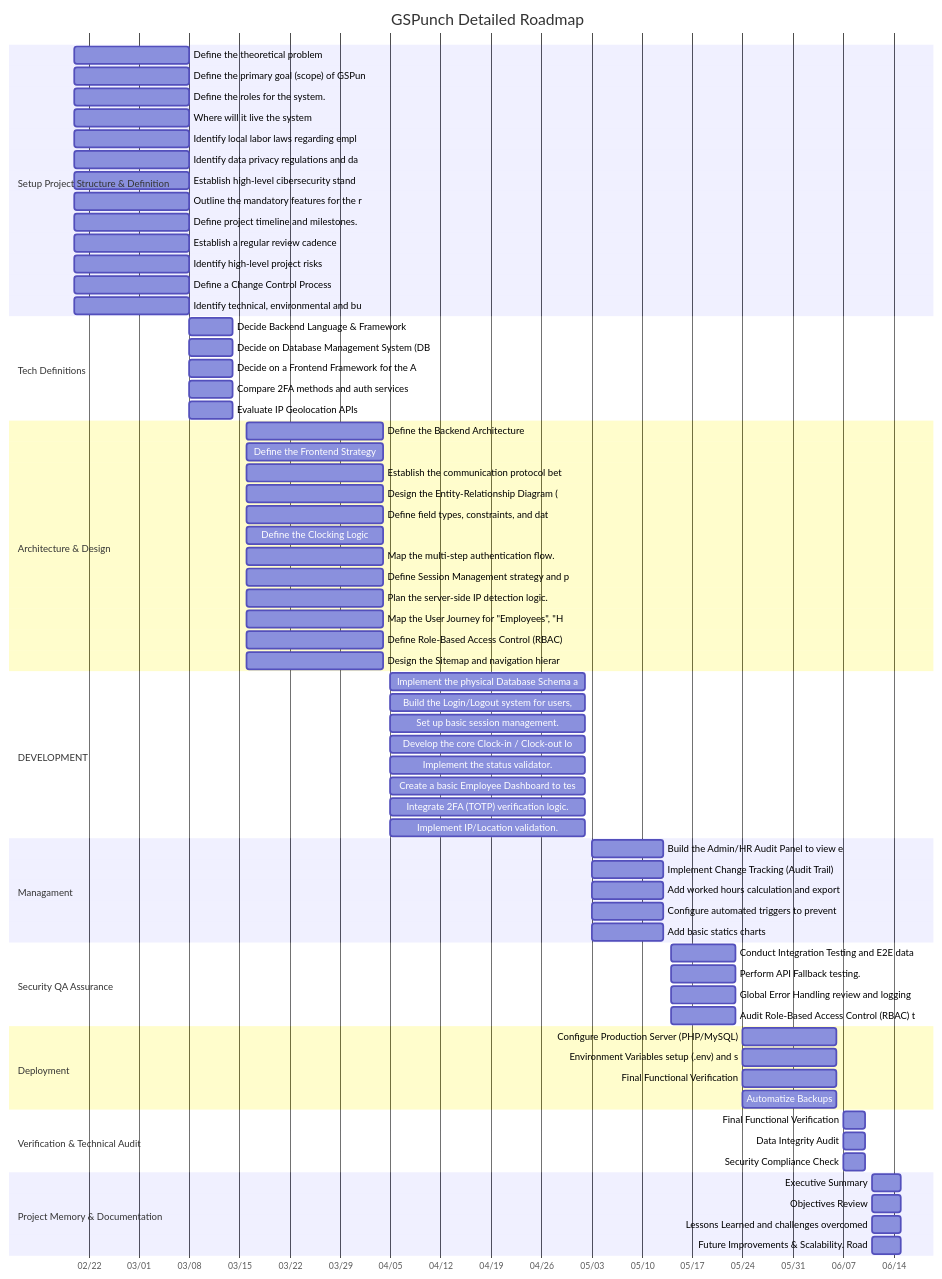
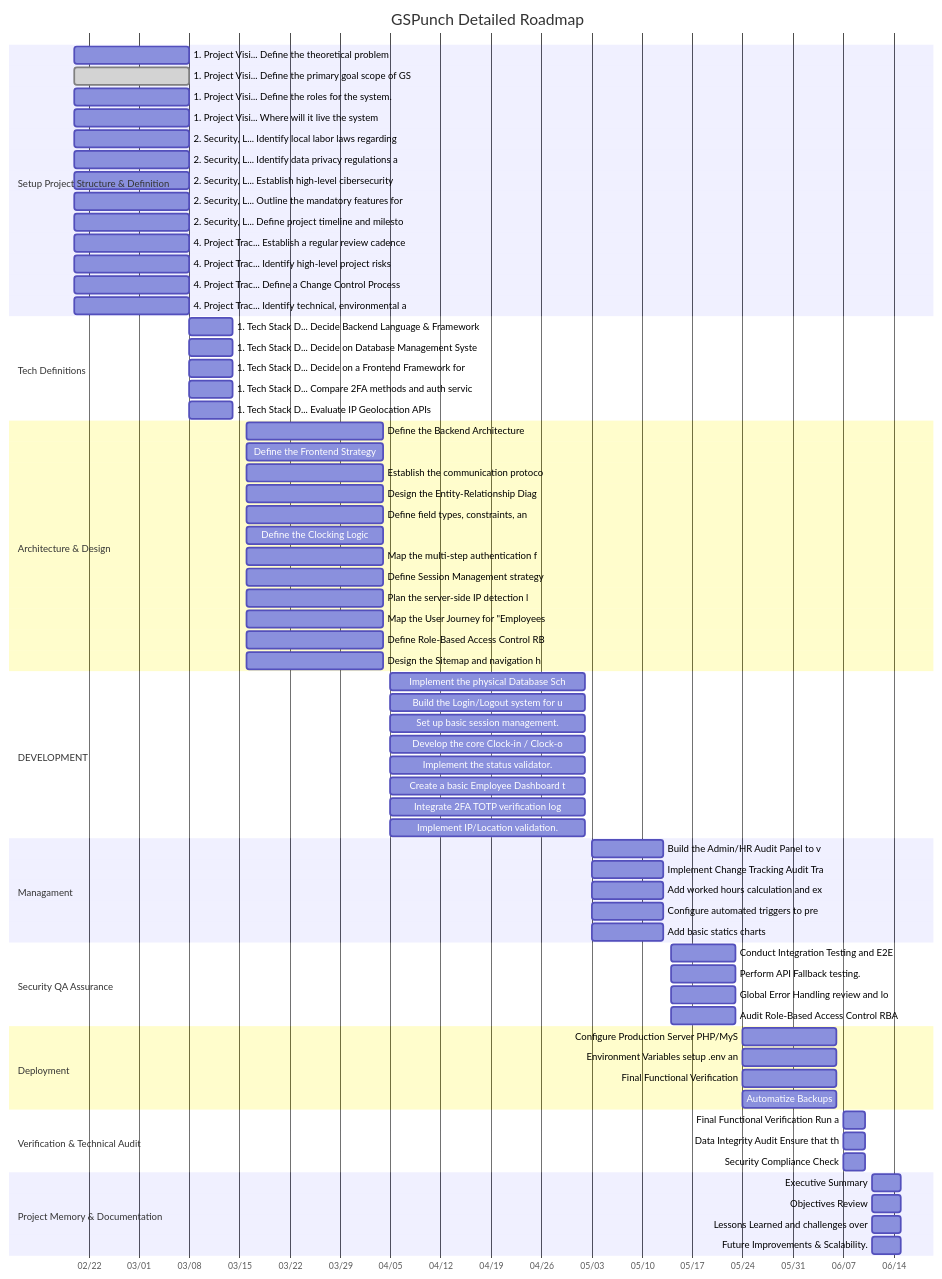
One commit to jejomoca/GSPunch changed the diagram in README.md. Above: the diagram before and after it, drawn with Mermaid.

Commit message:
roadmap sync: 22:29

````diff
--- a/README.md
+++ b/README.md
@@ -3,73 +3,73 @@
 ```mermaid
 gantt
     title GSPunch Detailed Roadmap
     dateFormat YYYY-MM-DD
     axisFormat %m/%d
     section Setup Project Structure & Definition
-    Define the theoretical problem : 2026-02-20, 2026-03-08
-    Define the primary goal (scope) of GSPun : 2026-02-20, 2026-03-08
-    Define the roles for the system. : 2026-02-20, 2026-03-08
-    Where will it live the system : 2026-02-20, 2026-03-08
-    Identify local labor laws regarding empl : 2026-02-20, 2026-03-08
-    Identify data privacy regulations and da : 2026-02-20, 2026-03-08
-    Establish high-level cibersecurity stand : 2026-02-20, 2026-03-08
-    Outline the mandatory features for the r : 2026-02-20, 2026-03-08
-    Define project timeline and milestones. : 2026-02-20, 2026-03-08
-    Establish a regular review cadence : 2026-02-20, 2026-03-08
-    Identify high-level project risks : 2026-02-20, 2026-03-08
-    Define a Change Control Process : 2026-02-20, 2026-03-08
-    Identify technical, environmental and bu : 2026-02-20, 2026-03-08
+    1. Project Visi... Define the theoretical problem : 2026-02-20, 2026-03-08
+    1. Project Visi... Define the primary goal scope of GS : done, 2026-02-20, 2026-03-08
+    1. Project Visi... Define the roles for the system. : 2026-02-20, 2026-03-08
+    1. Project Visi... Where will it live the system : 2026-02-20, 2026-03-08
+    2.  Security, L... Identify local labor laws regarding : 2026-02-20, 2026-03-08
+    2.  Security, L... Identify data privacy regulations a : 2026-02-20, 2026-03-08
+    2.  Security, L... Establish high-level cibersecurity  : 2026-02-20, 2026-03-08
+    2.  Security, L... Outline the mandatory features for  : 2026-02-20, 2026-03-08
+    2.  Security, L... Define project timeline and milesto : 2026-02-20, 2026-03-08
+    4. Project Trac... Establish a regular review cadence : 2026-02-20, 2026-03-08
+    4. Project Trac... Identify high-level project risks : 2026-02-20, 2026-03-08
+    4. Project Trac... Define a Change Control Process : 2026-02-20, 2026-03-08
+    4. Project Trac... Identify technical, environmental a : 2026-02-20, 2026-03-08
     section Tech Definitions
-    Decide Backend Language & Framework : 2026-03-08, 2026-03-14
-    Decide on Database Management System (DB : 2026-03-08, 2026-03-14
-    Decide on a Frontend Framework for the A : 2026-03-08, 2026-03-14
-    Compare 2FA methods and auth services : 2026-03-08, 2026-03-14
-    Evaluate IP Geolocation APIs : 2026-03-08, 2026-03-14
+    1. Tech Stack D... Decide Backend Language & Framework : 2026-03-08, 2026-03-14
+    1. Tech Stack D... Decide on Database Management Syste : 2026-03-08, 2026-03-14
+    1. Tech Stack D... Decide on a Frontend Framework for  : 2026-03-08, 2026-03-14
+    1. Tech Stack D... Compare 2FA methods and auth servic : 2026-03-08, 2026-03-14
+    1. Tech Stack D... Evaluate IP Geolocation APIs : 2026-03-08, 2026-03-14
     section Architecture & Design
     Define the Backend Architecture : 2026-03-16, 2026-04-04
     Define the Frontend Strategy : 2026-03-16, 2026-04-04
-    Establish the communication protocol bet : 2026-03-16, 2026-04-04
-    Design the Entity-Relationship Diagram ( : 2026-03-16, 2026-04-04
-    Define field types, constraints, and dat : 2026-03-16, 2026-04-04
+    Establish the communication protoco : 2026-03-16, 2026-04-04
+    Design the Entity-Relationship Diag : 2026-03-16, 2026-04-04
+    Define field types, constraints, an : 2026-03-16, 2026-04-04
     Define the Clocking Logic : 2026-03-16, 2026-04-04
-    Map the multi-step authentication flow. : 2026-03-16, 2026-04-04
-    Define Session Management strategy and p : 2026-03-16, 2026-04-04
-    Plan the server-side IP detection logic. : 2026-03-16, 2026-04-04
-    Map the User Journey for "Employees", "H : 2026-03-16, 2026-04-04
-    Define Role-Based Access Control (RBAC) : 2026-03-16, 2026-04-04
-    Design the Sitemap and navigation hierar : 2026-03-16, 2026-04-04
+    Map the multi-step authentication f : 2026-03-16, 2026-04-04
+    Define Session Management strategy  : 2026-03-16, 2026-04-04
+    Plan the server-side IP detection l : 2026-03-16, 2026-04-04
+    Map the User Journey for "Employees : 2026-03-16, 2026-04-04
+    Define Role-Based Access Control RB : 2026-03-16, 2026-04-04
+    Design the Sitemap and navigation h : 2026-03-16, 2026-04-04
     section DEVELOPMENT
-    Implement the physical Database Schema a : 2026-04-05, 2026-05-02
-    Build the Login/Logout system for users, : 2026-04-05, 2026-05-02
+    Implement the physical Database Sch : 2026-04-05, 2026-05-02
+    Build the Login/Logout system for u : 2026-04-05, 2026-05-02
     Set up basic session management. : 2026-04-05, 2026-05-02
-    Develop the core Clock-in / Clock-out lo : 2026-04-05, 2026-05-02
+    Develop the core Clock-in / Clock-o : 2026-04-05, 2026-05-02
     Implement the status validator. : 2026-04-05, 2026-05-02
-    Create a basic Employee Dashboard to tes : 2026-04-05, 2026-05-02
-    Integrate 2FA (TOTP) verification logic. : 2026-04-05, 2026-05-02
+    Create a basic Employee Dashboard t : 2026-04-05, 2026-05-02
+    Integrate 2FA TOTP verification log : 2026-04-05, 2026-05-02
     Implement IP/Location validation. : 2026-04-05, 2026-05-02
     section Managament
-    Build the Admin/HR Audit Panel to view e : 2026-05-03, 2026-05-13
-    Implement Change Tracking (Audit Trail) : 2026-05-03, 2026-05-13
-    Add worked hours calculation and export : 2026-05-03, 2026-05-13
-    Configure automated triggers to prevent : 2026-05-03, 2026-05-13
+    Build the Admin/HR Audit Panel to v : 2026-05-03, 2026-05-13
+    Implement Change Tracking Audit Tra : 2026-05-03, 2026-05-13
+    Add worked hours calculation and ex : 2026-05-03, 2026-05-13
+    Configure automated triggers to pre : 2026-05-03, 2026-05-13
     Add basic statics charts : 2026-05-03, 2026-05-13
     section Security QA Assurance
-    Conduct Integration Testing and E2E data : 2026-05-14, 2026-05-23
+    Conduct Integration Testing and E2E : 2026-05-14, 2026-05-23
     Perform API Fallback testing. : 2026-05-14, 2026-05-23
-    Global Error Handling review and logging : 2026-05-14, 2026-05-23
-    Audit Role-Based Access Control (RBAC) t : 2026-05-14, 2026-05-23
+    Global Error Handling review and lo : 2026-05-14, 2026-05-23
+    Audit Role-Based Access Control RBA : 2026-05-14, 2026-05-23
     section Deployment
-    Configure Production Server (PHP/MySQL) : 2026-05-24, 2026-06-06
-    Environment Variables setup (.env) and s : 2026-05-24, 2026-06-06
+    Configure Production Server PHP/MyS : 2026-05-24, 2026-06-06
+    Environment Variables setup .env an : 2026-05-24, 2026-06-06
     Final Functional Verification : 2026-05-24, 2026-06-06
     Automatize Backups : 2026-05-24, 2026-06-06
     section Verification & Technical Audit
-    Final Functional Verification: Run a ful : 2026-06-07, 2026-06-10
-    Data Integrity Audit: Ensure that the da : 2026-06-07, 2026-06-10
+    Final Functional Verification Run a : 2026-06-07, 2026-06-10
+    Data Integrity Audit Ensure that th : 2026-06-07, 2026-06-10
     Security Compliance Check : 2026-06-07, 2026-06-10
     section Project Memory & Documentation
     Executive Summary : 2026-06-11, 2026-06-15
     Objectives Review : 2026-06-11, 2026-06-15
-    Lessons Learned and challenges overcomed : 2026-06-11, 2026-06-15
-    Future Improvements & Scalability. Road : 2026-06-11, 2026-06-15
+    Lessons Learned and challenges over : 2026-06-11, 2026-06-15
+    Future Improvements & Scalability.  : 2026-06-11, 2026-06-15
 ```
````
